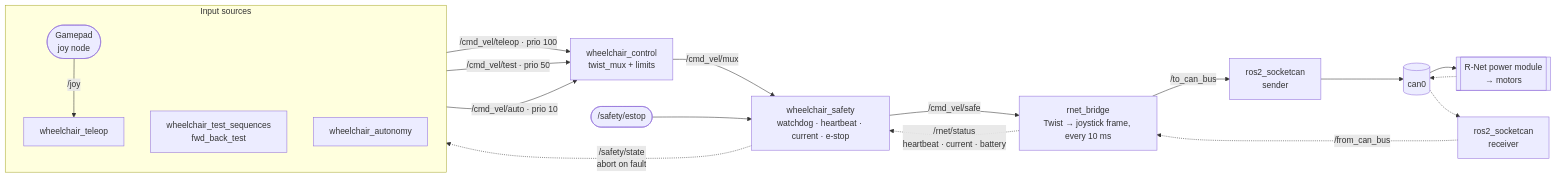
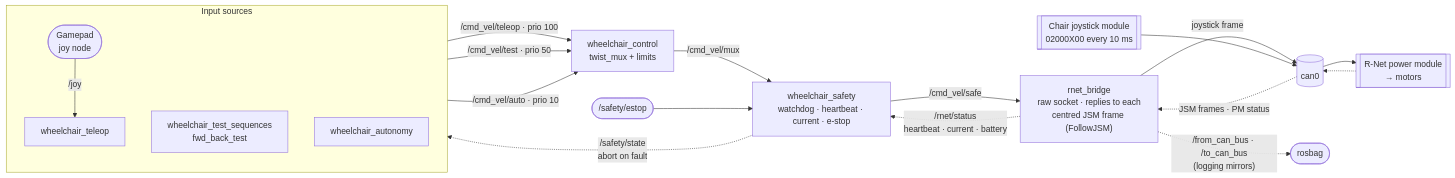
The diagram in docs/data-flow.md (Build-with-Ben/AutonomousPowerWheelChair), drawn with Mermaid before and after one commit. The commit also changed other lines of this file and 14 other files, not shown here.

First line of the commit message:
Adopt FollowJSM for the chair joystick module (req 6.2.3)

````diff
--- a/docs/data-flow.md
+++ b/docs/data-flow.md
@@ -9,27 +10,27 @@
 ```mermaid
 flowchart LR
   subgraph IN["Input sources"]
     direction TB
     JOY(["Gamepad<br/>joy node"]) -->|/joy| TELEOP["wheelchair_teleop"]
     TEST["wheelchair_test_sequences<br/>fwd_back_test"]
     AUTO["wheelchair_autonomy"]
   end
 
   TELEOP -->|"/cmd_vel/teleop · prio 100"| MUX
   TEST -->|"/cmd_vel/test · prio 50"| MUX
   AUTO -->|"/cmd_vel/auto · prio 10"| MUX
 
   MUX["wheelchair_control<br/>twist_mux + limits"] -->|/cmd_vel/mux| SAFE
   ESTOP(["/safety/estop"]) --> SAFE
   SAFE["wheelchair_safety<br/>watchdog · heartbeat · current · e-stop"] -->|/cmd_vel/safe| BRIDGE
 
-  BRIDGE["rnet_bridge<br/>Twist → joystick frame, every 10 ms"] -->|/to_can_bus| TX["ros2_socketcan<br/>sender"]
-  TX --> CAN[("can0")]
+  BRIDGE["rnet_bridge<br/>raw socket · replies to each<br/>centred JSM frame (FollowJSM)"] -->|joystick frame| CAN[("can0")]
+  JSM[["Chair joystick module<br/>02000X00 every 10 ms"]] --> CAN
   CAN --> PM[["R-Net power module<br/>→ motors"]]
 
   PM -.-> CAN
-  CAN -.-> RX["ros2_socketcan<br/>receiver"]
-  RX -.->|/from_can_bus| BRIDGE
+  CAN -.->|JSM frames · PM status| BRIDGE
+  BRIDGE -.->|"/from_can_bus · /to_can_bus<br/>(logging mirrors)"| LOG(["rosbag"])
   BRIDGE -.->|"/rnet/status<br/>heartbeat · current · battery"| SAFE
   SAFE -.->|"/safety/state<br/>abort on fault"| TEST
 ```
````
